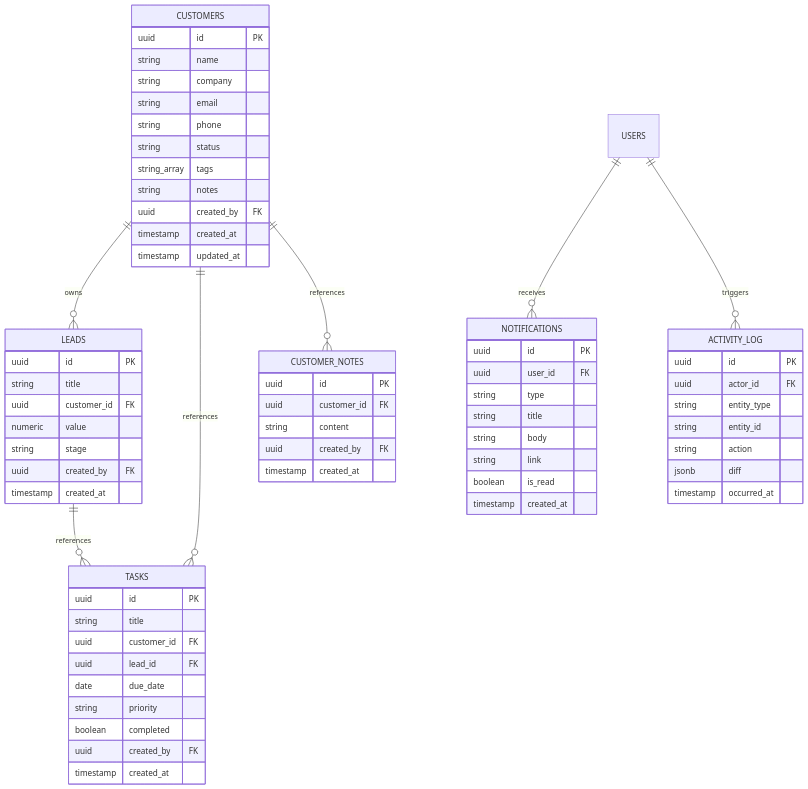
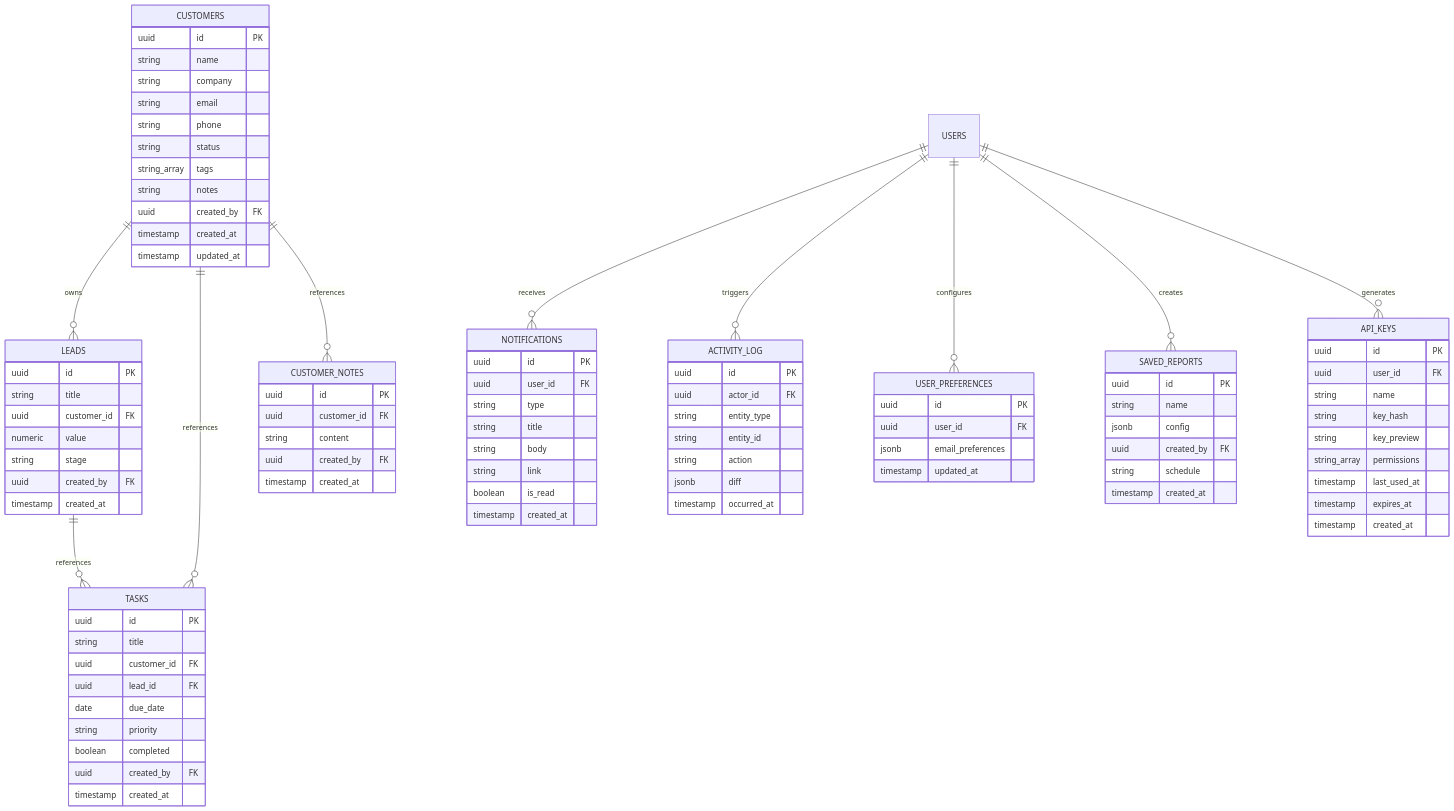
One commit to nandakumar-nandu/NexusCRM changed the sixth of 8 diagrams in README.md. Above: the diagram before and after it, drawn with Mermaid. The commit also changed other lines of this file and 53 other files, not shown here.

First line of the commit message:
feat: Email integration, report builder & developer REST API

````diff
--- a/README.md
+++ b/README.md
@@ -88,6 +182,9 @@
     CUSTOMERS ||--o{ CUSTOMER_NOTES : references
     USERS ||--o{ NOTIFICATIONS : receives
     USERS ||--o{ ACTIVITY_LOG : triggers
+    USERS ||--o{ USER_PREFERENCES : configures
+    USERS ||--o{ SAVED_REPORTS : creates
+    USERS ||--o{ API_KEYS : generates
     
     CUSTOMERS {
         uuid id PK
@@ -148,4 +245,29 @@
         jsonb diff
         timestamp occurred_at
     }
+    USER_PREFERENCES {
+        uuid id PK
+        uuid user_id FK
+        jsonb email_preferences
+        timestamp updated_at
+    }
+    SAVED_REPORTS {
+        uuid id PK
+        string name
+        jsonb config
+        uuid created_by FK
+        string schedule
+        timestamp created_at
+    }
+    API_KEYS {
+        uuid id PK
+        uuid user_id FK
+        string name
+        string key_hash
+        string key_preview
+        string_array permissions
+        timestamp last_used_at
+        timestamp expires_at
+        timestamp created_at
+    }
 ```
````
